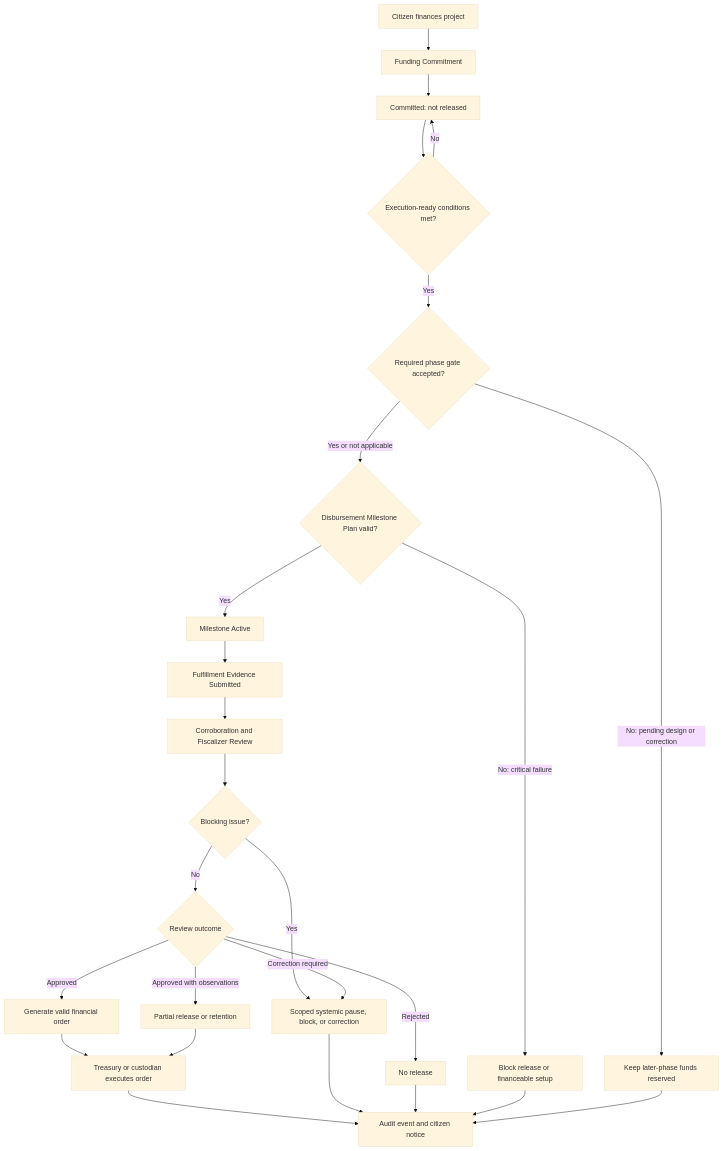
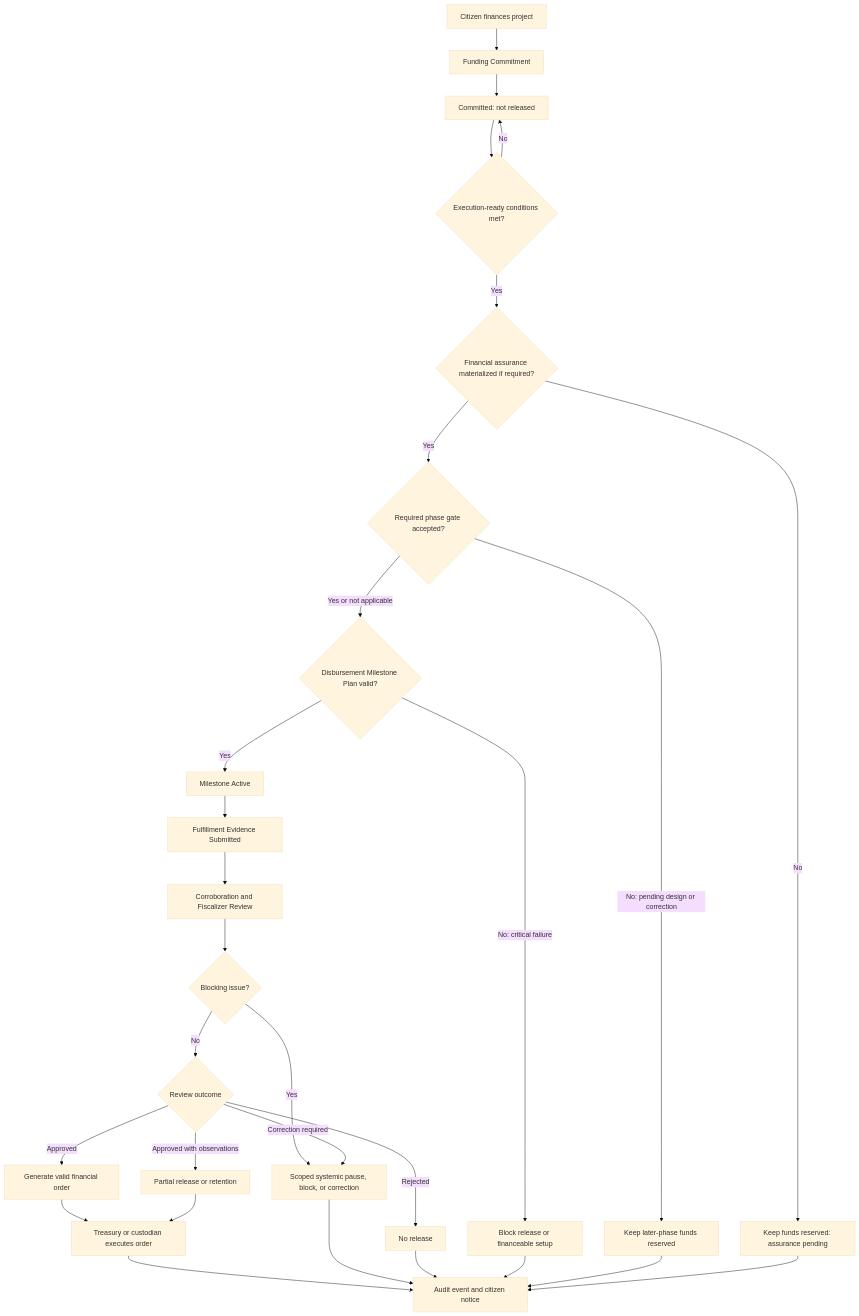
The diagram in docs/diagrams/v0-funding-disbursement.md (moffermann/distributed-governance-research), drawn with Mermaid (base theme) before and after one commit. The commit also changed other lines of this file and 32 other files, not shown here.

First line of the commit message:
Align H011 financial assurance profile

````diff
--- a/docs/diagrams/v0-funding-disbursement.md
+++ b/docs/diagrams/v0-funding-disbursement.md
@@ -9,31 +9,34 @@
 ```mermaid
 flowchart TD
     A[Citizen finances project] --> B[Funding Commitment]
     B --> C[Committed: not released]
     C --> D{Execution-ready conditions met?}
     D -->|No| C
-    D -->|Yes| PG{Required phase gate accepted?}
+    D -->|Yes| AS{Financial assurance materialized if required?}
+    AS -->|No| AR[Keep funds reserved: assurance pending]
+    AS -->|Yes| PG{Required phase gate accepted?}
     PG -->|No: pending design or correction| PR[Keep later-phase funds reserved]
     PG -->|Yes or not applicable| MP{Disbursement Milestone Plan valid?}
     MP -->|No: critical failure| BL[Block release or financeable setup]
     MP -->|Yes| E[Milestone Active]
 
     E --> F[Fulfillment Evidence Submitted]
     F --> G[Corroboration and Fiscalizer Review]
     G --> H{Blocking issue?}
     H -->|Yes| I[Scoped systemic pause, block, or correction]
     H -->|No| J{Review outcome}
 
     J -->|Approved| K[Generate valid financial order]
     J -->|Approved with observations| L[Partial release or retention]
     J -->|Correction required| I
     J -->|Rejected| M[No release]
 
     K --> T[Treasury or custodian executes order]
     L --> T
     T --> N[Audit event and citizen notice]
     I --> N
     M --> N
     BL --> N
     PR --> N
+    AR --> N
 ```
````
